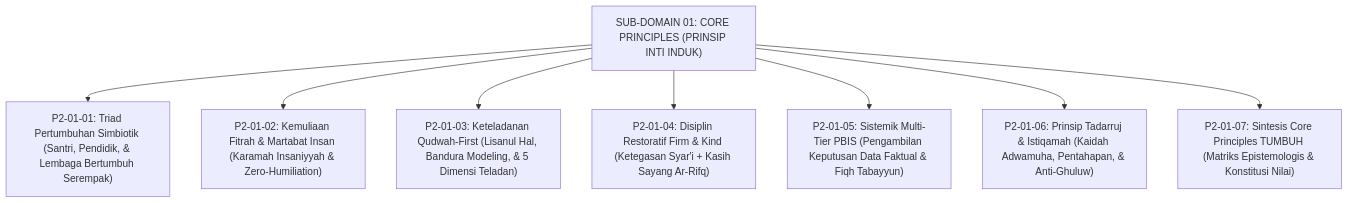
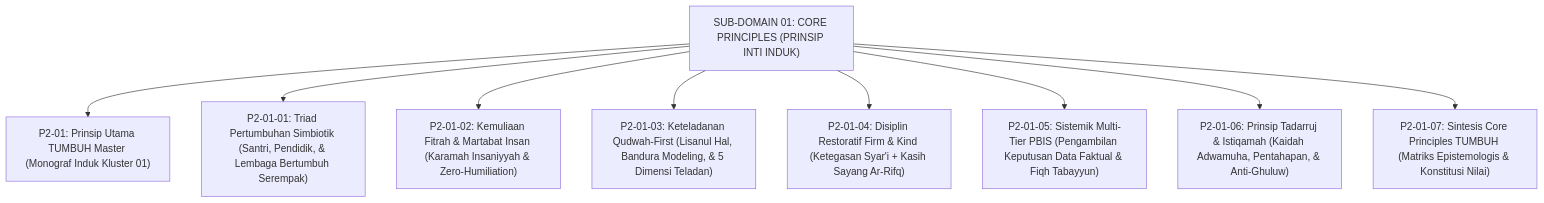
The diagram in 02 Principles/01 Core Principles/README.md (wandiapriliyandi/tumbuh), drawn with Mermaid before and after one commit. The commit also changed other lines of this file and 9 other files, not shown here.

Commit message:
feat(principles): standarisasi 100% monograf terpadu Sub-Domain 01 Core Principles dan Piagam Konstitusi Nilai TUMBUH

````diff
--- a/02 Principles/01 Core Principles/README.md
+++ b/02 Principles/01 Core Principles/README.md
@@ -14,12 +14,13 @@
 ```mermaid
 graph TD
     CorePrinciples["SUB-DOMAIN 01: CORE PRINCIPLES (PRINSIP INTI INDUK)"]
     
+    CorePrinciples --> Master["P2-01: Prinsip Utama TUMBUH Master (Monograf Induk Kluster 01)"]
     CorePrinciples --> M1["P2-01-01: Triad Pertumbuhan Simbiotik (Santri, Pendidik, & Lembaga Bertumbuh Serempak)"]
     CorePrinciples --> M2["P2-01-02: Kemuliaan Fitrah & Martabat Insan (Karamah Insaniyyah & Zero-Humiliation)"]
     CorePrinciples --> M3["P2-01-03: Keteladanan Qudwah-First (Lisanul Hal, Bandura Modeling, & 5 Dimensi Teladan)"]
     CorePrinciples --> M4["P2-01-04: Disiplin Restoratif Firm & Kind (Ketegasan Syar'i + Kasih Sayang Ar-Rifq)"]
     CorePrinciples --> M5["P2-01-05: Sistemik Multi-Tier PBIS (Pengambilan Keputusan Data Faktual & Fiqh Tabayyun)"]
     CorePrinciples --> M6["P2-01-06: Prinsip Tadarruj & Istiqamah (Kaidah Adwamuha, Pentahapan, & Anti-Ghuluw)"]
     CorePrinciples --> M7["P2-01-07: Sintesis Core Principles TUMBUH (Matriks Epistemologis & Konstitusi Nilai)"]
 ```
````
